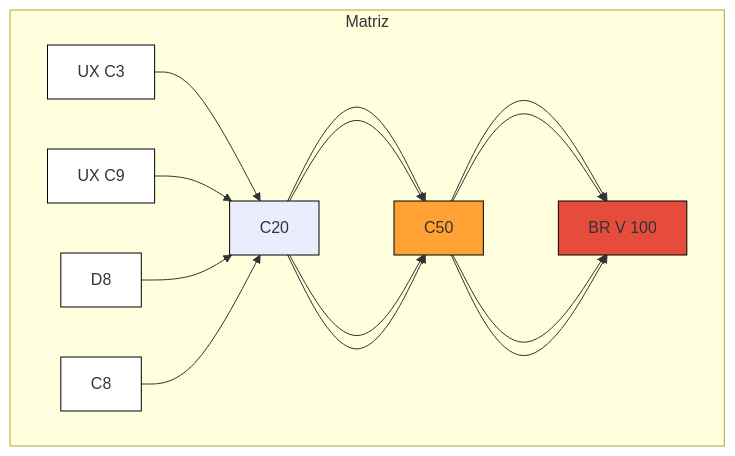
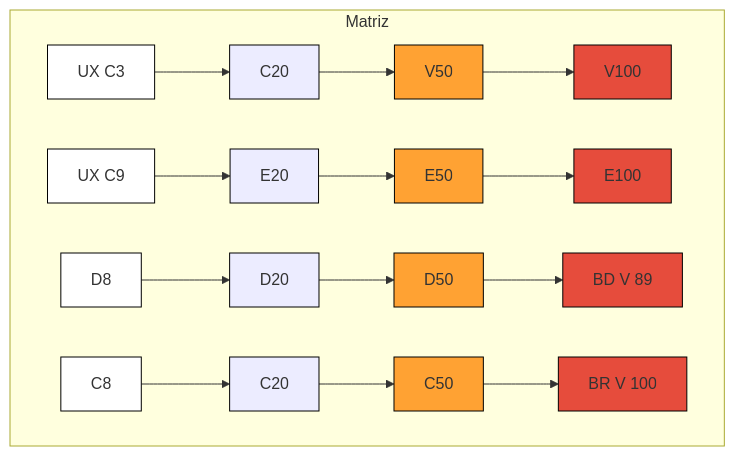
The second of 2 diagrams in README.md (AnandaMazine/Grafico-Gantt), drawn with Mermaid before and after one commit.

````diff
--- a/README.md
+++ b/README.md
@@ -42,14 +42,14 @@
 ```mermaid
 graph TD
   subgraph Matriz
 A1["UX C3"]:::branco --> A2["C20"]:::amarelo --> A3["V50"]:::laranja --> A4["V100"]:::vermelho
-B1["UX C9"]:::branco --> A2["E20"]:::amarelo --> A3["E50"]:::laranja --> A4["E100"]:::vermelho
-C1["D8"]:::branco --> A2["D20"]:::amarelo --> A3["D50"]:::laranja --> A4["BD V 89"]:::vermelho
-D1["C8"]:::branco --> A2["C20"]:::amarelo --> A3["C50"]:::laranja --> A4["BR V 100"]:::vermelho
+B1["UX C9"]:::branco --> B2["E20"]:::amarelo --> B3["E50"]:::laranja --> B4["E100"]:::vermelho
+C1["D8"]:::branco --> C2["D20"]:::amarelo --> C3["D50"]:::laranja --> C4["BD V 89"]:::vermelho
+D1["C8"]:::branco --> D2["C20"]:::amarelo --> D3["C50"]:::laranja --> D4["BR V 100"]:::vermelho
 
   end
 classDef branco fill:#fff, stroke:#000, stroke-width:1px;
 classDef amarelo fill:#FFD8D, stroke:#000, stroke-width:1px;
 classDef laranja fill:#FFA233, stroke:#000, stroke-width:1px;
 classDef vermelho fill:#E64C3C, stroke:#000, stroke-width:1px;
 ```
````
